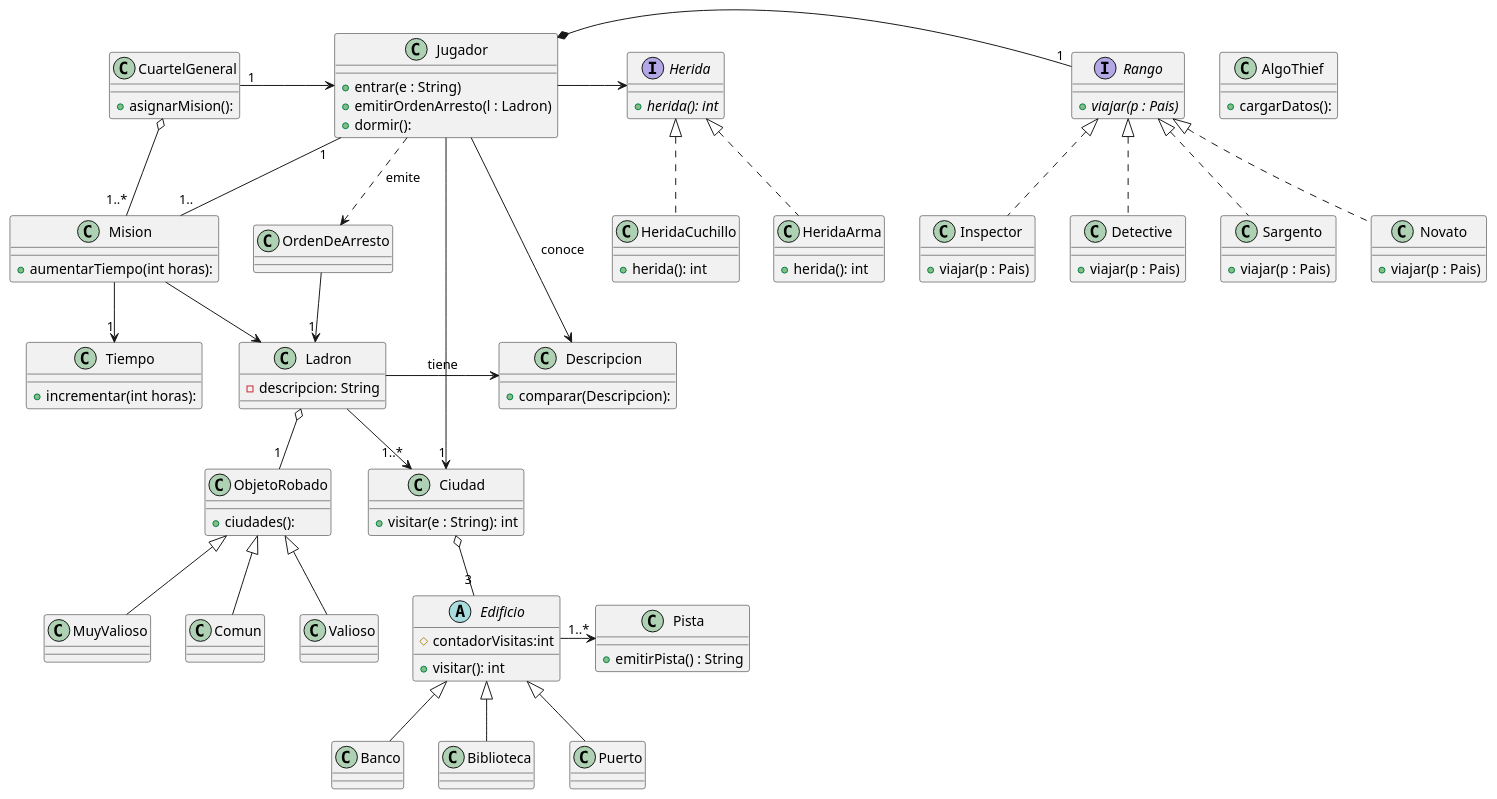
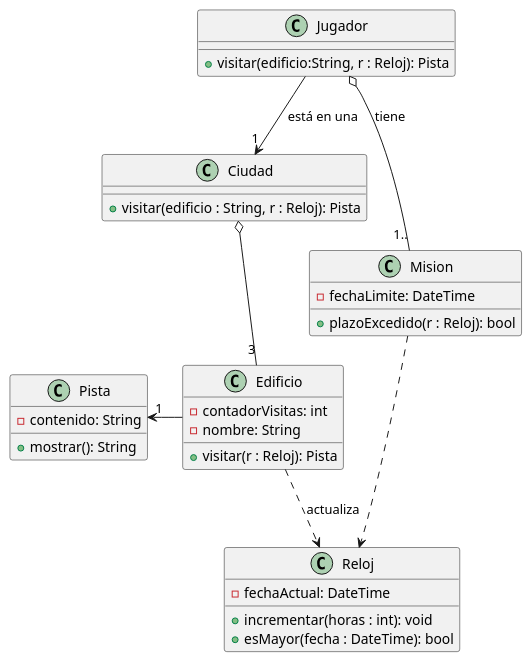
One commit to martinanus/algo3_tp2 changed the diagram in diagrams/classes/clases.puml. Above: the diagram before and after it, drawn with PlantUML.

Commit message:
Se actualiza Diagrama De Clases

```diff
--- a/diagrams/classes/clases.puml
+++ b/diagrams/classes/clases.puml
@@ -1,141 +1,40 @@
 @startuml
-Rango <|.. Novato
-Rango <|.. Inspector
-Rango <|.. Detective
-Rango <|.. Sargento
-Jugador *-right-"1" Rango
-OrdenDeArresto  --> "1" Ladron
-ObjetoRobado <|-- Comun
-ObjetoRobado <|-- Valioso
-ObjetoRobado <|-- MuyValioso
-Pista "1..*" <-left-  Edificio
-Edificio <|-- Banco
-Edificio <|-- Biblioteca
-Edificio <|-- Puerto
-Ciudad o-- "3" Edificio
-Ladron o--"1" ObjetoRobado
-Jugador ..>  OrdenDeArresto: emite 
-Ladron -->"1..*" Ciudad
-Jugador -->"1" Ciudad
-Herida <|.. HeridaArma
-Herida <|.. HeridaCuchillo
-Jugador"1" -- "1.." Mision
-Mision  --> "1" Tiempo
-Jugador -right> Herida
-Mision -down> Ladron
-Jugador -> Descripcion: conoce
-Ladron -> Descripcion: tiene
-CuartelGeneral "1"-> Jugador
-CuartelGeneral o-"1..*" Mision
 
-class OrdenDeArresto {
-
-}
-
-abstract class Edificio{
-#contadorVisitas:int
-+ visitar(): int
-
+class Edificio {
+- contadorVisitas: int
+- nombre: String
++ visitar(r : Reloj): Pista
 }
 
 class Ciudad {
-    + visitar(e : String): int
-}
-
-class Ladron {
-    - descripcion: String
-
+    + visitar(edificio : String, r : Reloj): Pista
 }
 
 class Jugador {
-    + entrar(e : String)
-    + emitirOrdenArresto(l : Ladron)
-    + dormir():
+    + visitar(edificio:String, r : Reloj): Pista
 }
 
-interface Rango{
-	+ {abstract}  viajar(p : Pais)
+class Mision{
+    - fechaLimite: DateTime
+    + plazoExcedido(r : Reloj): bool
 }
 
-class Novato{
-    + viajar(p : Pais)
+class Reloj{
+    - fechaActual: DateTime
+    + incrementar(horas : int): void
+    + esMayor(fecha : DateTime): bool
 }
 
-class Inspector{
-    + viajar(p : Pais)
+class Pista {
+    - contenido: String
+    + mostrar(): String
 }
 
-class Detective{
-    + viajar(p : Pais)
-}
-
-class Sargento{
-    + viajar(p : Pais)
-}
-
-
-class ObjetoRobado{
-    + ciudades():
-}
-
-class Comun{
-
-}
-class Valioso{
-
-}
-
-class MuyValioso{
-
-}
-
-class Pista{
-	+ emitirPista() : String
-}
-
- 
-
-class Banco{
-
-}
-class Biblioteca{
-
-}
-
-class Puerto{
-
-}
-
-
-interface Herida{
-    + {abstract} herida(): int
- } 
-class HeridaCuchillo{
-    + herida(): int
- }
-
- class HeridaArma{
-     + herida(): int
-  } 
-
-
-class Mision{
-    + aumentarTiempo(int horas):
-}
-class Tiempo{
-    + incrementar(int horas):
-}
-
-class CuartelGeneral {
-    +asignarMision():
-}
-
-class Descripcion {
-    + comparar(Descripcion):
-}
-
-class AlgoThief {
-    + cargarDatos():
-}
+Pista "1" <-right-  Edificio
+Ciudad o-- "3" Edificio
+Jugador -->"1" Ciudad: está en una
+Jugador o--"1.." Mision: tiene
+Edificio ..> Reloj: actualiza
+Mision ..> Reloj
 
 @enduml
```
